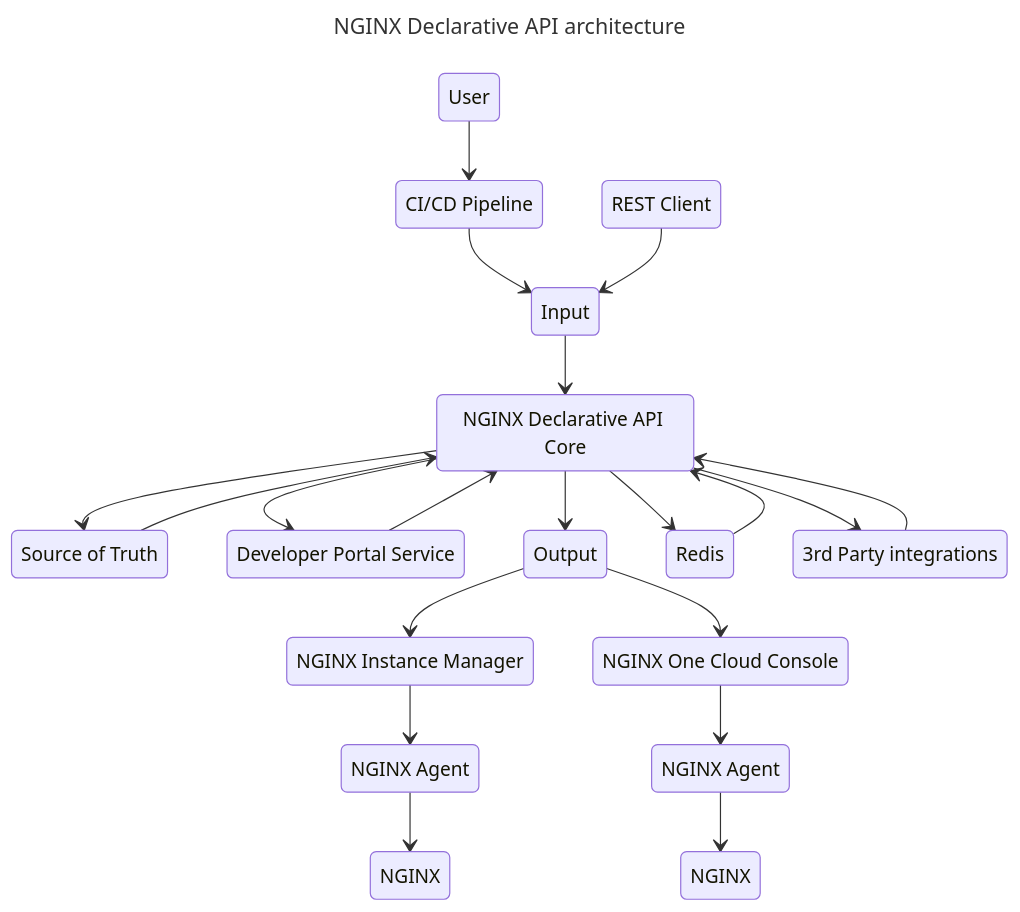
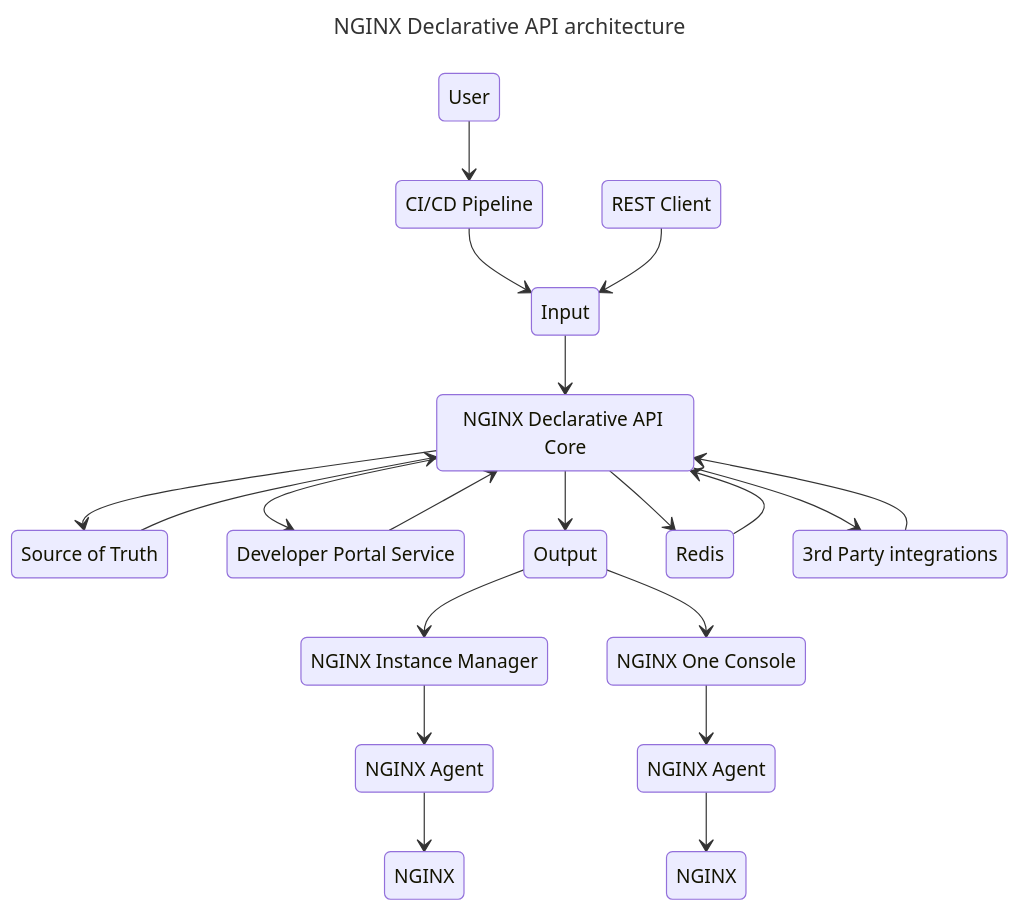
One commit to f5devcentral/NGINX-Declarative-API changed the first of 2 diagrams in README.md. Above: the diagram before and after it, drawn with Mermaid. The commit also changed other lines of this file and 43 other files, not shown here.

````diff
--- a/README.md
+++ b/README.md
@@ -38,42 +40,42 @@
 ```mermaid
 ---
 title: NGINX Declarative API architecture
 ---
 stateDiagram-v2
     DevOps: User
     Client: REST Client
     Pipeline: CI/CD Pipeline
     NIM: NGINX Instance Manager
-    N1: NGINX One Cloud Console
+    N1: NGINX One Console
     AGENT1: NGINX Agent
     NGINX1: NGINX
     AGENT2: NGINX Agent
     NGINX2: NGINX
     INPUT: Input
     SOT: Source of Truth
     NDAPI: NGINX Declarative API Core
     DEVP: Developer Portal Service
     OUTPUT: Output
     REDIS: Redis
     3RDPARTY: 3rd Party integrations
 
     DevOps --> Pipeline
     Pipeline --> INPUT
     Client --> INPUT
     INPUT --> NDAPI
     NDAPI --> OUTPUT
     NDAPI --> SOT
     SOT --> NDAPI
     NDAPI --> 3RDPARTY
     3RDPARTY --> NDAPI
     NDAPI --> REDIS
     REDIS --> NDAPI
     OUTPUT --> NIM
     OUTPUT --> N1
     NDAPI --> DEVP
     DEVP --> NDAPI
     NIM --> AGENT1
     AGENT1 --> NGINX1
     N1 --> AGENT2
     AGENT2 --> NGINX2
 ```
````
